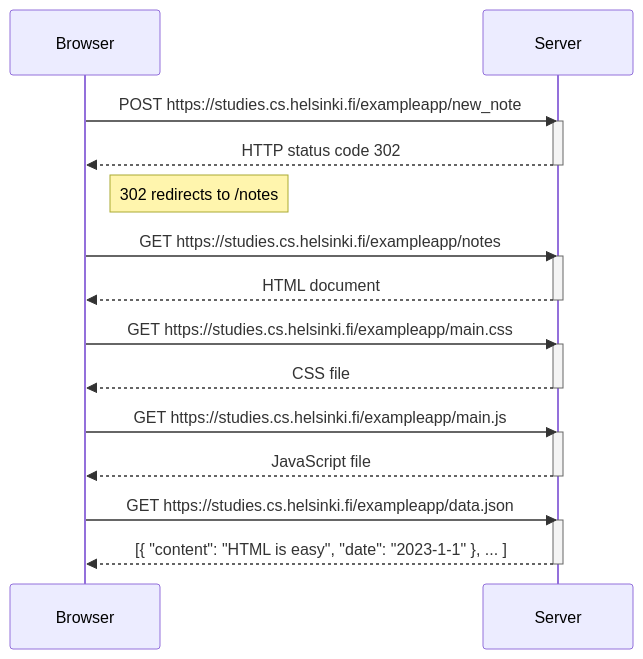
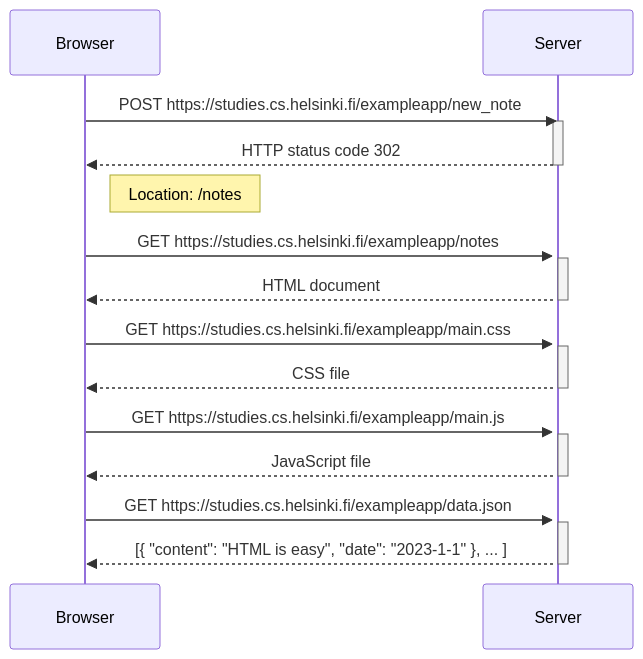
The diagram in 0.4 New Note diagram.md (karloag/FullStackOpen_part0), drawn with Mermaid before and after one commit.

Commit message:
location

````diff
--- a/0.4 New Note diagram.md
+++ b/0.4 New Note diagram.md
@@ -1,33 +1,34 @@
 ``` mermaid
 
    sequenceDiagram
     participant Browser
     participant Server
 
     Browser->>Server: POST https://studies.cs.helsinki.fi/exampleapp/new_note
     activate Server
     Server-->>Browser: HTTP status code 302 
     deactivate Server
     
-    note right of Browser: 302 redirects to /notes
+    note right of Browser: Location: /notes
+    activate Server
     
     Browser->>Server: GET https://studies.cs.helsinki.fi/exampleapp/notes
     activate Server
     Server-->>Browser: HTML document
     deactivate Server
     
     Browser->>Server: GET https://studies.cs.helsinki.fi/exampleapp/main.css
     activate Server
     Server-->>Browser: CSS file
     deactivate Server
 
     Browser->>Server: GET https://studies.cs.helsinki.fi/exampleapp/main.js
     activate Server
     Server-->>Browser: JavaScript file
     deactivate Server
     
     Browser->>Server: GET https://studies.cs.helsinki.fi/exampleapp/data.json
     activate Server
     Server-->>Browser: [{ "content": "HTML is easy", "date": "2023-1-1" }, ... ]
     deactivate Server
    ```
````
